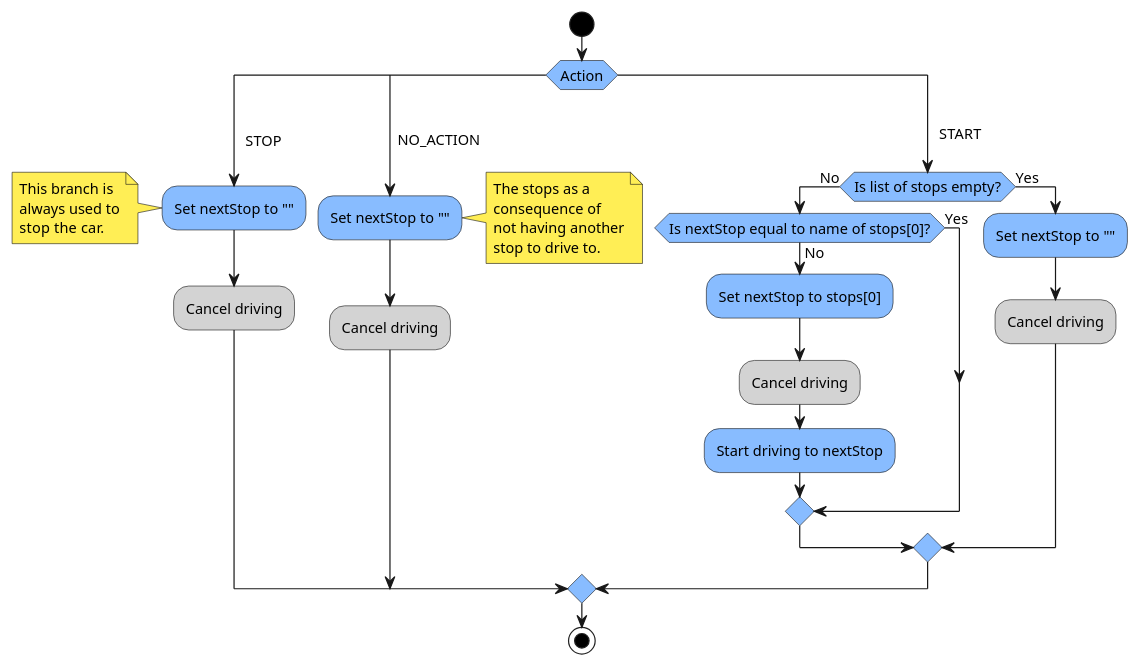
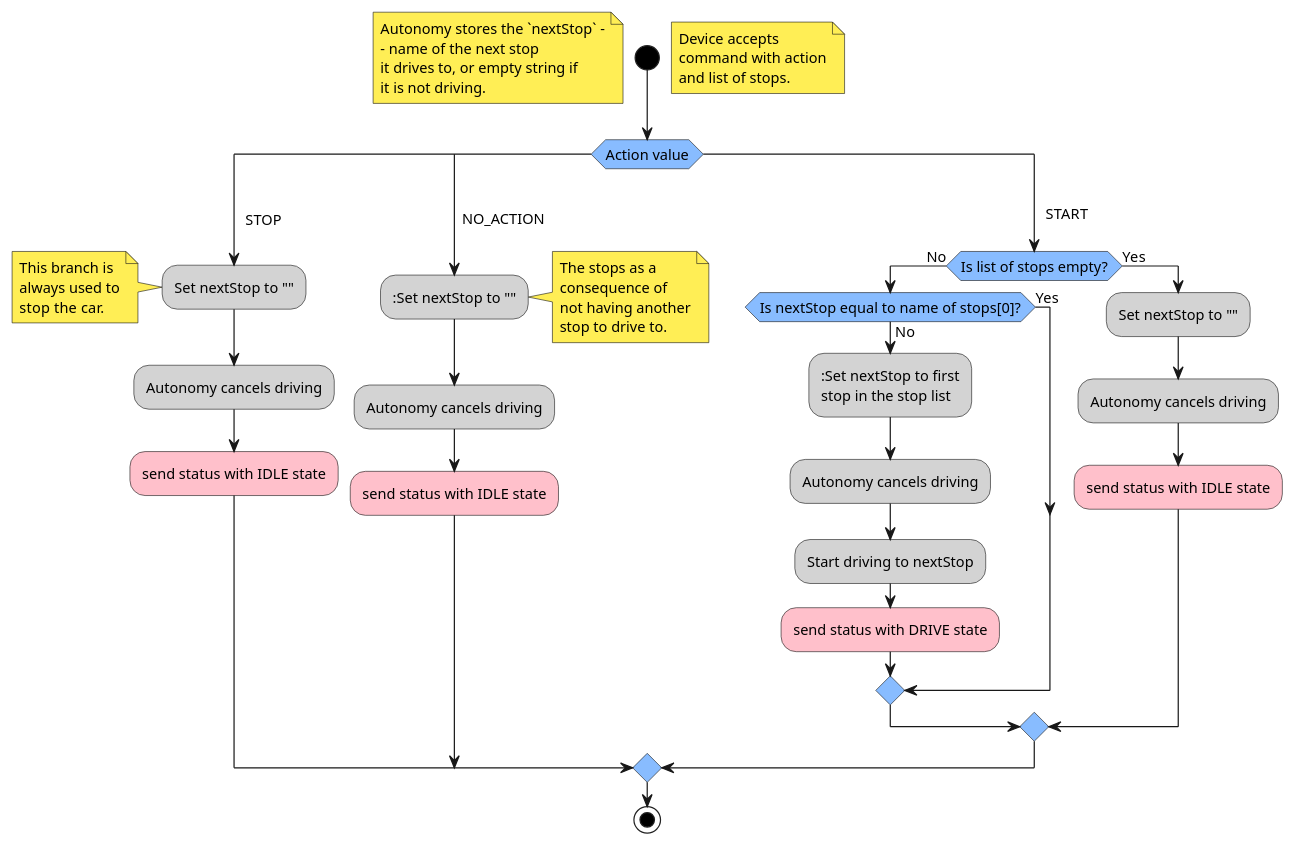
The diagram in docs/uml/command.puml (bringauto/mission-module), drawn with PlantUML before and after one commit. The commit also changed 1 other file, not shown here.

Commit message:
Update activity diagram in mission_module.md

```diff
--- a/docs/uml/command.puml
+++ b/docs/uml/command.puml
@@ -1,51 +1,69 @@
 @startuml command_activity_diagram
 <style>
     activityDiagram {
         BackgroundColor #88bcff
         FontSize 12
     }
     start {BackgroundColor black}
     stop {BackgroundColor black}
     document {
         BackgroundColor white
     }
     note {
         BackgroundColor #ffee55
     }
 </style>
 start
 
-switch (Action)
+note right
+    Device accepts
+    command with action
+    and list of stops.
+end note
+
+note left
+    Autonomy stores the `nextStop` -
+    - name of the next stop
+    it drives to, or empty string if
+    it is not driving.
+end note
+
+switch (Action value)
 case (\n   STOP)
-    :Set nextStop to "";
+    #LightGray:Set nextStop to "";
     note left
         This branch is
         always used to
         stop the car.
     end note
-    #LightGray:Cancel driving;
+    #LightGray:Autonomy cancels driving;
+    #Pink:send status with IDLE state;
 case (\n  NO_ACTION)
-    :Set nextStop to "";
+    #LightGray::Set nextStop to "";
     note right
         The stops as a
         consequence of
         not having another
         stop to drive to.
     end note
-    #LightGray:Cancel driving;
+    #LightGray:Autonomy cancels driving;
+    #Pink:send status with IDLE state;
 case (\n   START)
     if (Is list of stops empty?) then (No)
         if (Is nextStop equal to name of stops[0]?) then (No)
-            :Set nextStop to stops[0];
-            #LightGray:Cancel driving;
-            :Start driving to nextStop;
+            #LightGray::Set nextStop to first
+            stop in the stop list;
+            #LightGray:Autonomy cancels driving;
+            #LightGray:Start driving to nextStop;
+            #Pink:send status with DRIVE state;
         else (Yes)
         endif
     else (Yes)
-        :Set nextStop to "";
-        #LightGray:Cancel driving;
+        #LightGray:Set nextStop to "";
+        #LightGray:Autonomy cancels driving;
+        #Pink:send status with IDLE state;
     endif
 endswitch
 stop
 
 @enduml
```
